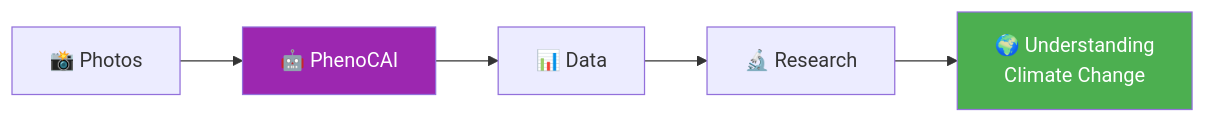
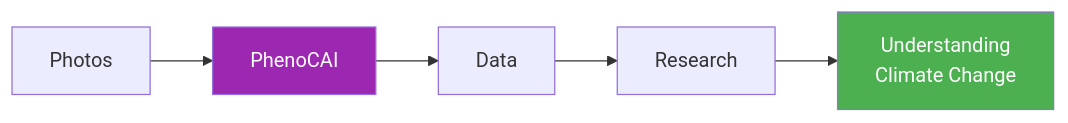
One commit to SITES-spectral/phenocai changed diagram 19 of 19 in docs/workflow_prediction.md. Above: the diagram before and after it, drawn with Mermaid. The commit also changed other lines of this file and 22 other files, not shown here.

````diff
--- a/docs/workflow_prediction.md
+++ b/docs/workflow_prediction.md
@@ -438,10 +438,10 @@
 ```mermaid
 graph LR
-    A[📸 Photos] --> B[🤖 PhenoCAI]
-    B --> C[📊 Data]
-    C --> D[🔬 Research]
-    D --> E[🌍 Understanding<br/>Climate Change]
+    A[Photos] --> B[PhenoCAI]
+    B --> C[Data]
+    C --> D[Research]
+    D --> E[Understanding<br/>Climate Change]
     
     style B fill:#9c27b0,color:#fff
     style E fill:#4caf50,color:#fff
 ```
````
